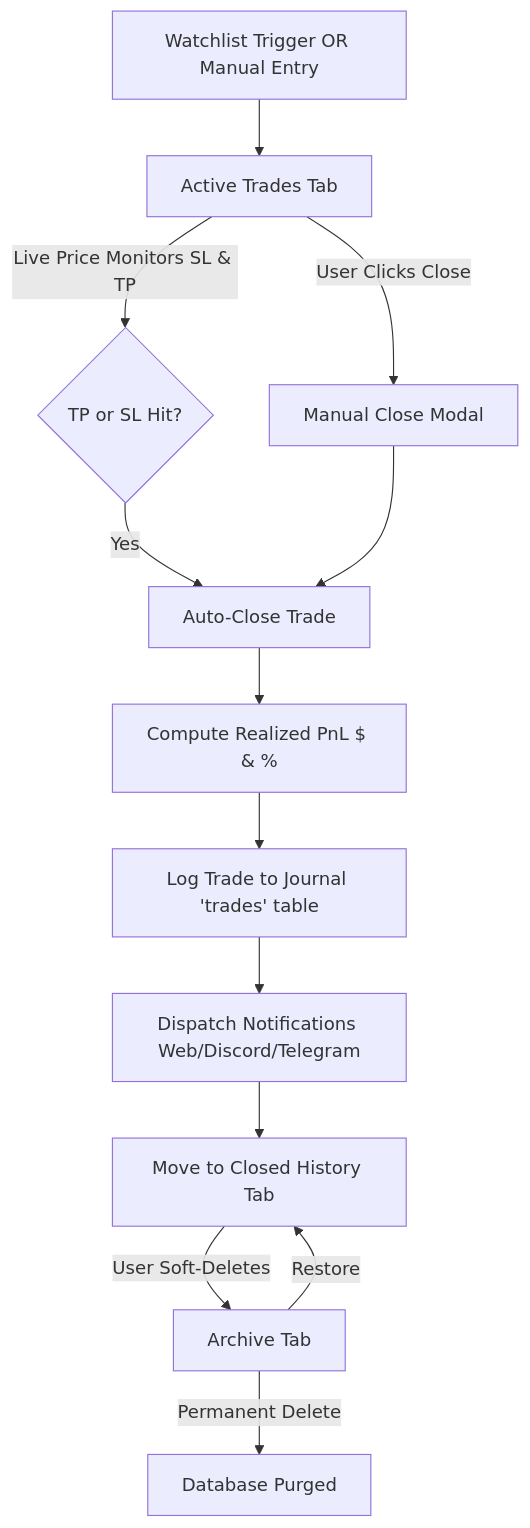
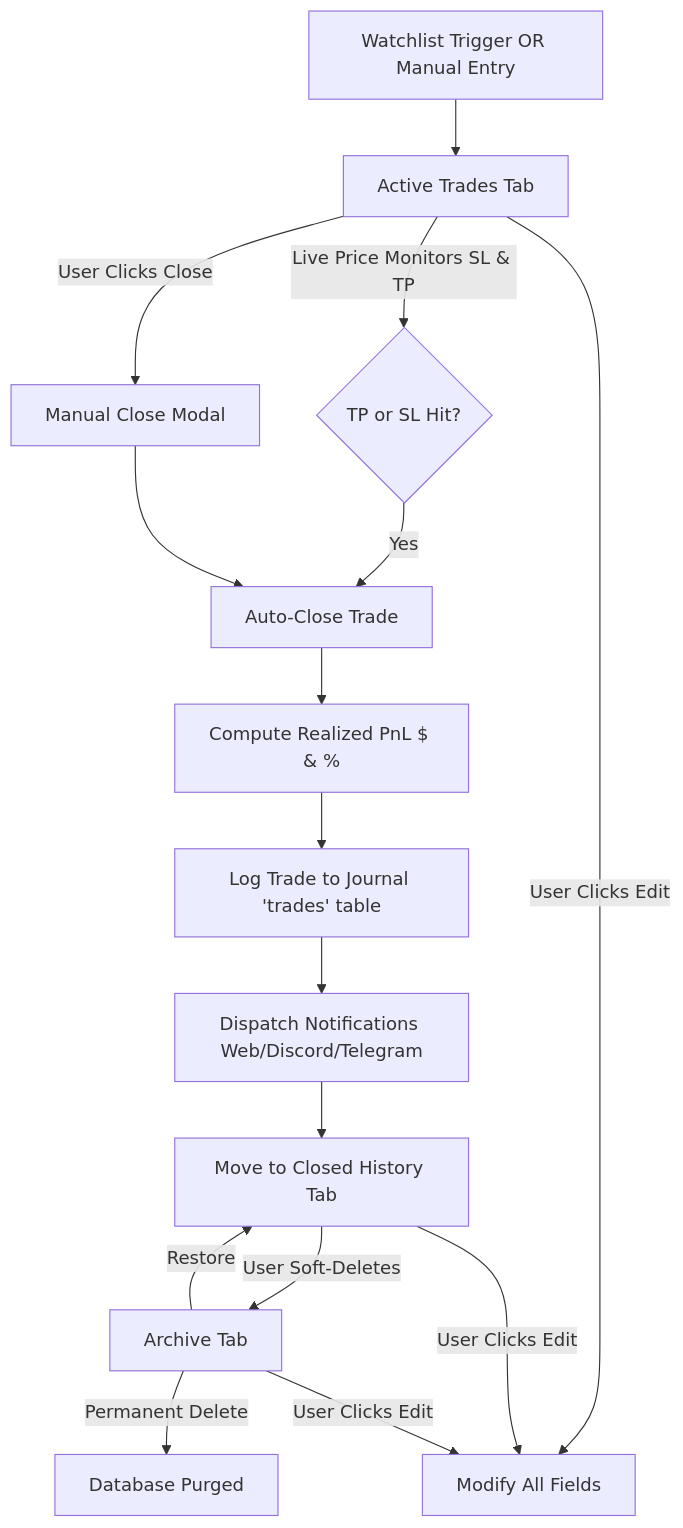
One commit to yarnitram/Tape changed the diagram in TRADES.md. Above: the diagram before and after it, drawn with Mermaid. The commit also changed other lines of this file and 8 other files, not shown here.

````diff
--- a/TRADES.md
+++ b/TRADES.md
@@ -40,15 +53,18 @@
 ```mermaid
 flowchart TD
     A[Watchlist Trigger OR Manual Entry] --> B[Active Trades Tab]
     B -->|Live Price Monitors SL & TP| C{TP or SL Hit?}
     C -->|Yes| D[Auto-Close Trade]
     B -->|User Clicks Close| E[Manual Close Modal]
     E --> D
     D --> F[Compute Realized PnL $ & %]
     F --> G[Log Trade to Journal 'trades' table]
     G --> H[Dispatch Notifications Web/Discord/Telegram]
     H --> I[Move to Closed History Tab]
     I -->|User Soft-Deletes| J[Archive Tab]
     J -->|Restore| I
     J -->|Permanent Delete| K[Database Purged]
+    B -->|User Clicks Edit| L[Modify All Fields]
+    I -->|User Clicks Edit| L
+    J -->|User Clicks Edit| L
 ```
````
